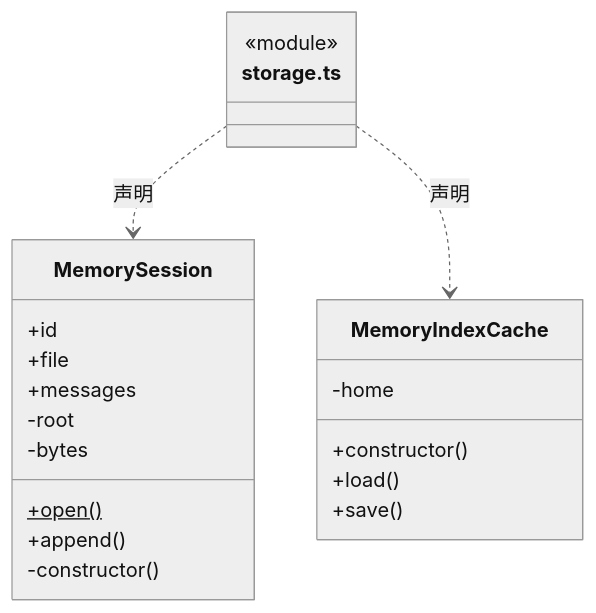
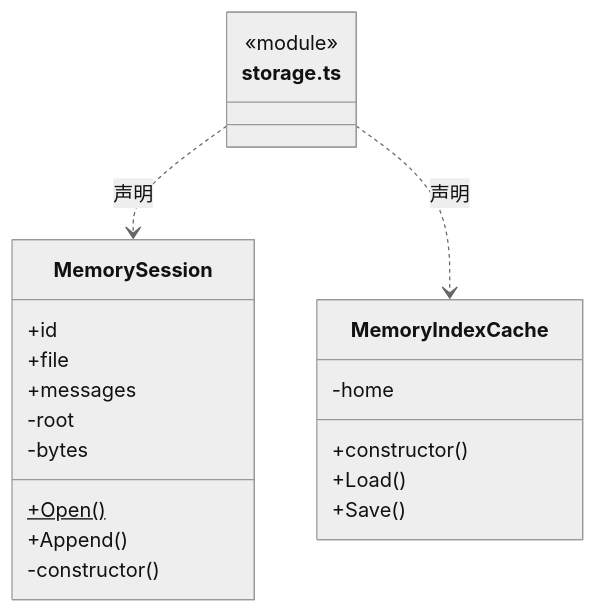
Before and after one commit to nan023062/cbim: the sixth of 7 diagrams in src/logic/execution/engines/memory/ARCHITECTURE.md, drawn with Mermaid (neutral theme). The commit also changed other lines of this file and 1035 other files, not shown here.

````diff
--- a/src/logic/execution/engines/memory/ARCHITECTURE.md
+++ b/src/logic/execution/engines/memory/ARCHITECTURE.md
@@ -118,24 +118,24 @@
 ```mermaid
 classDiagram
 class N_src_logic_execution_engines_memory_storage_ts["storage.ts"] {
   <<module>>
 }
 class N_src_logic_execution_engines_memory_storage_ts_MemorySession["MemorySession"] {
   +id
   +file
   +messages
-  +open()$
-  +append()
+  +Open()$
+  +Append()
   -root
   -bytes
   -constructor()
 }
 N_src_logic_execution_engines_memory_storage_ts ..> N_src_logic_execution_engines_memory_storage_ts_MemorySession : 声明
 class N_src_logic_execution_engines_memory_storage_ts_MemoryIndexCache["MemoryIndexCache"] {
   +constructor()
-  +load()
-  +save()
+  +Load()
+  +Save()
   -home
 }
 N_src_logic_execution_engines_memory_storage_ts ..> N_src_logic_execution_engines_memory_storage_ts_MemoryIndexCache : 声明
 ```
````
